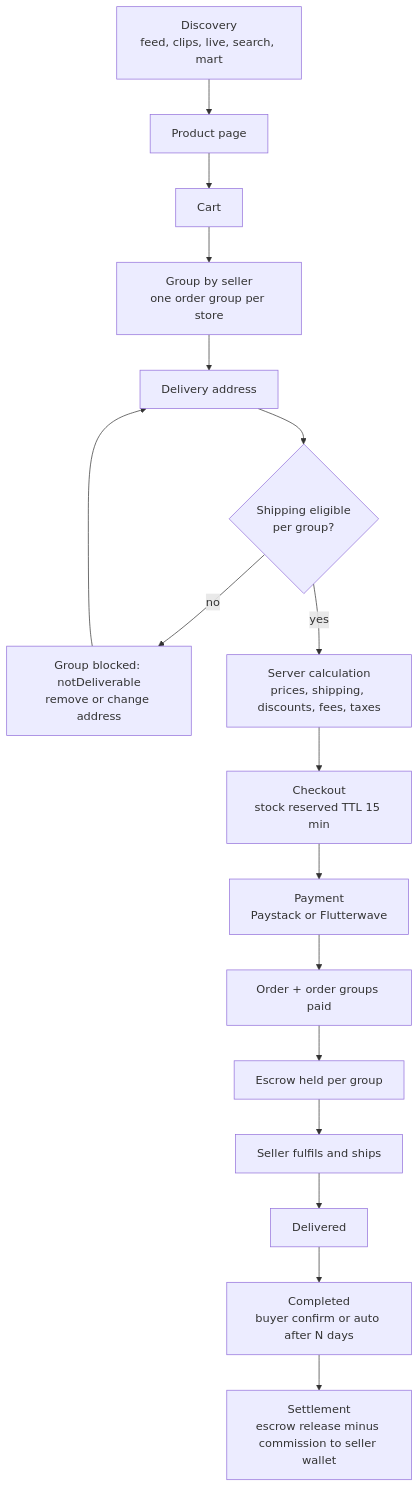
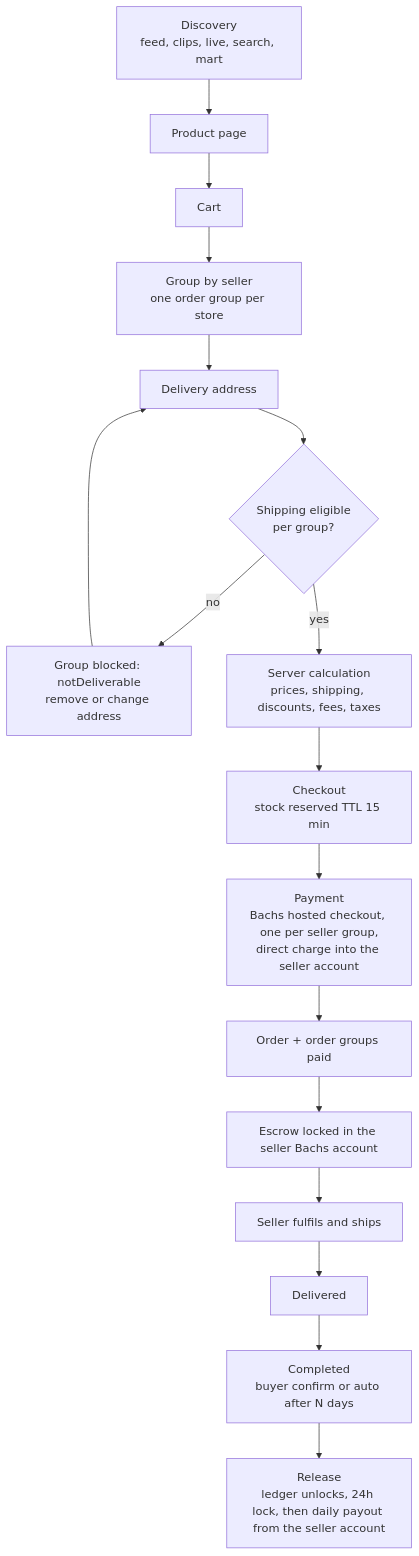
One commit to telente-technologies/nantty changed the first of 5 diagrams in docs/architecture/marketplace.md. Above: the diagram before and after it, drawn with Mermaid. The commit also changed other lines of this file and 3 other files, not shown here.

Commit message:
docs(docs): update architecture docs

````diff
--- a/docs/architecture/marketplace.md
+++ b/docs/architecture/marketplace.md
@@ -19,19 +19,19 @@
 ```mermaid
 flowchart TD
   A[Discovery<br/>feed, clips, live, search, mart] --> B[Product page]
   B --> C[Cart]
   C --> D[Group by seller<br/>one order group per store]
   D --> E[Delivery address]
   E --> F{Shipping eligible<br/>per group?}
   F -- no --> F1[Group blocked: notDeliverable<br/>remove or change address]
   F -- yes --> G[Server calculation<br/>prices, shipping, discounts, fees, taxes]
   F1 --> E
   G --> H[Checkout<br/>stock reserved TTL 15 min]
-  H --> I[Payment<br/>Paystack or Flutterwave]
+  H --> I[Payment<br/>Bachs hosted checkout, one per seller group,<br/>direct charge into the seller account]
   I --> J[Order + order groups paid]
-  J --> K[Escrow held per group]
+  J --> K[Escrow locked in the seller Bachs account]
   K --> L[Seller fulfils and ships]
   L --> M[Delivered]
   M --> N[Completed<br/>buyer confirm or auto after N days]
-  N --> O[Settlement<br/>escrow release minus commission to seller wallet]
+  N --> O[Release<br/>ledger unlocks, 24h lock, then daily payout from the seller account]
 ```
````
